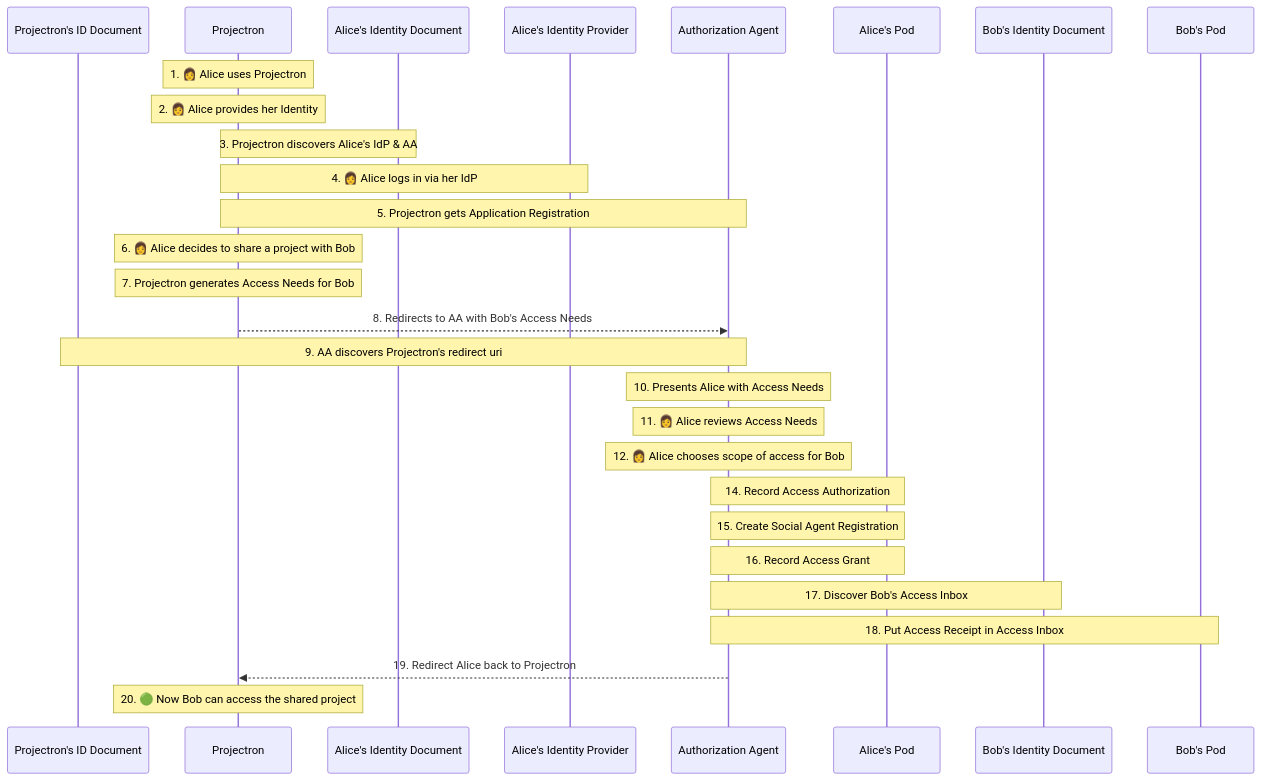
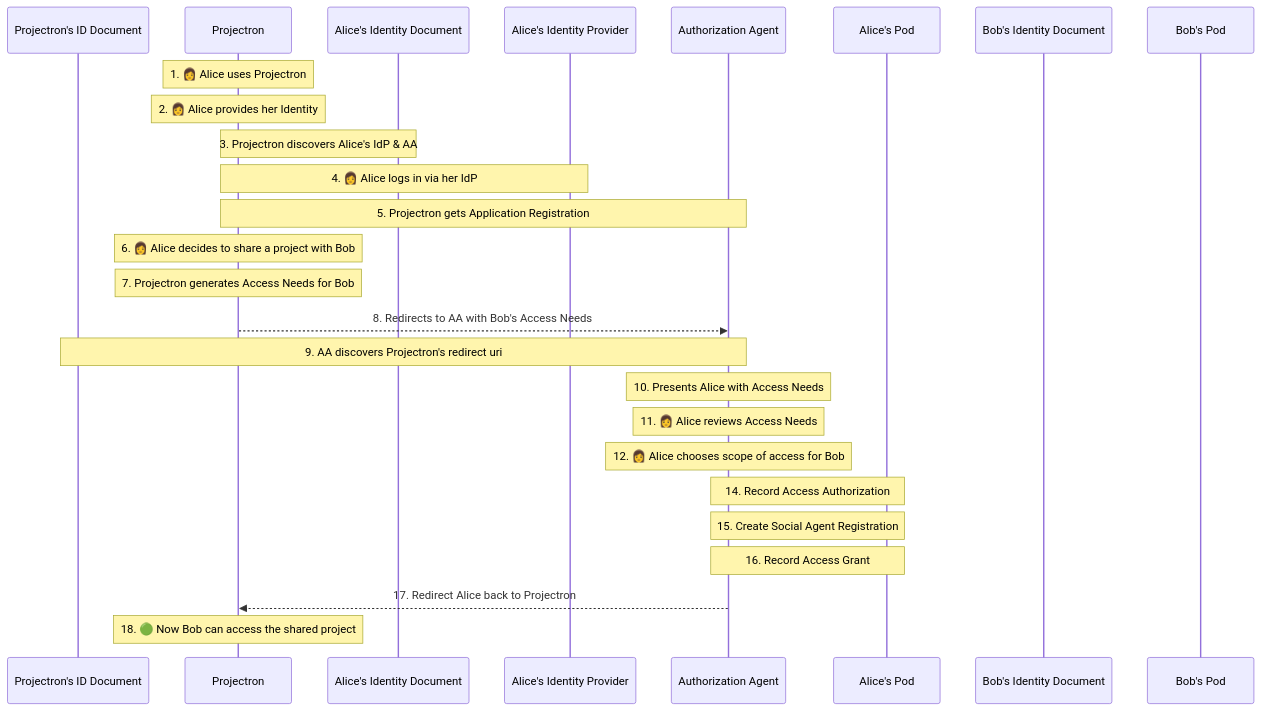
Before and after one commit to solid/data-interoperability-panel: the diagram in proposals/specification/diagrams/social-agent-shares-access.seq.mmd, drawn with Mermaid. The commit also changed 6 other files, not shown here.

```diff
--- a/proposals/specification/diagrams/social-agent-shares-access.seq.mmd
+++ b/proposals/specification/diagrams/social-agent-shares-access.seq.mmd
@@ -1,36 +1,34 @@
 sequenceDiagram
 
     participant id_proj as Projectron's ID Document
     participant proj as Projectron
     
     participant id_alice as Alice's Identity Document
     participant idp_alice as Alice's Identity Provider
     participant aa_alice as Authorization Agent
     participant pod_alice as Alice's Pod
     
     participant id_bob as Bob's Identity Document
     participant pod_bob as Bob's Pod
 
     Note over proj: 1. 👩 Alice uses Projectron
     Note over proj: 2. 👩 Alice provides her Identity
     Note over proj, id_alice: 3. Projectron discovers Alice's IdP & AA
     Note over proj, idp_alice: 4. 👩 Alice logs in via her IdP
     Note over proj, aa_alice: 5. Projectron gets Application Registration
     Note over proj: 6. 👩 Alice decides to share a project with Bob
     Note over proj: 7. Projectron generates Access Needs for Bob
     
     proj-->>aa_alice: 8. Redirects to AA with Bob's Access Needs
     
     Note over id_proj, aa_alice: 9. AA discovers Projectron's redirect uri
     Note over aa_alice: 10. Presents Alice with Access Needs
     Note over aa_alice: 11. 👩 Alice reviews Access Needs
     Note over aa_alice: 12. 👩 Alice chooses scope of access for Bob
     Note over aa_alice, pod_alice: 14. Record Access Authorization
     Note over aa_alice, pod_alice: 15. Create Social Agent Registration
     Note over aa_alice, pod_alice: 16. Record Access Grant
-    Note over aa_alice, id_bob: 17. Discover Bob's Access Inbox
-    Note over aa_alice, pod_bob: 18. Put Access Receipt in Access Inbox
     
-    aa_alice-->>proj: 19. Redirect Alice back to Projectron
+    aa_alice-->>proj: 17. Redirect Alice back to Projectron
     
-    Note over proj: 20. 🟢 Now Bob can access the shared project
+    Note over proj: 18. 🟢 Now Bob can access the shared project
```
